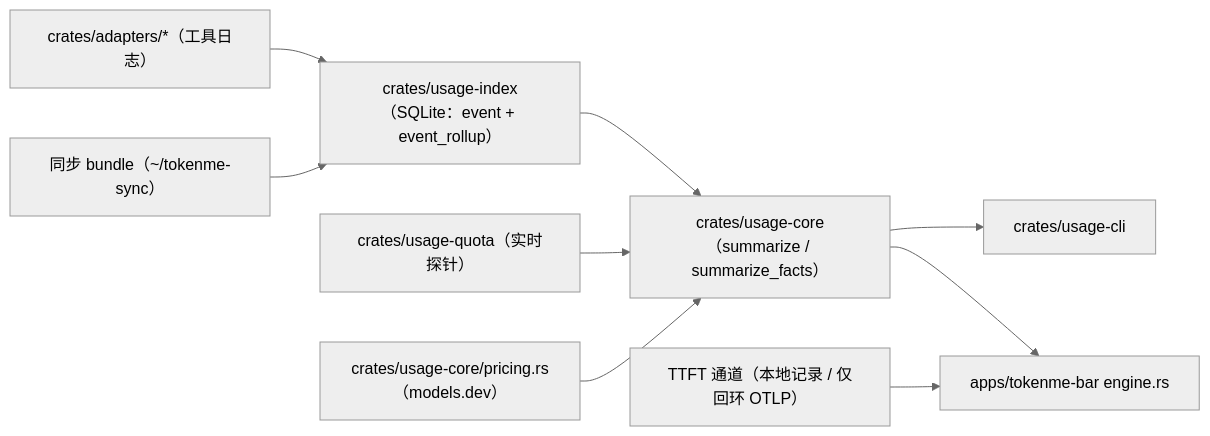
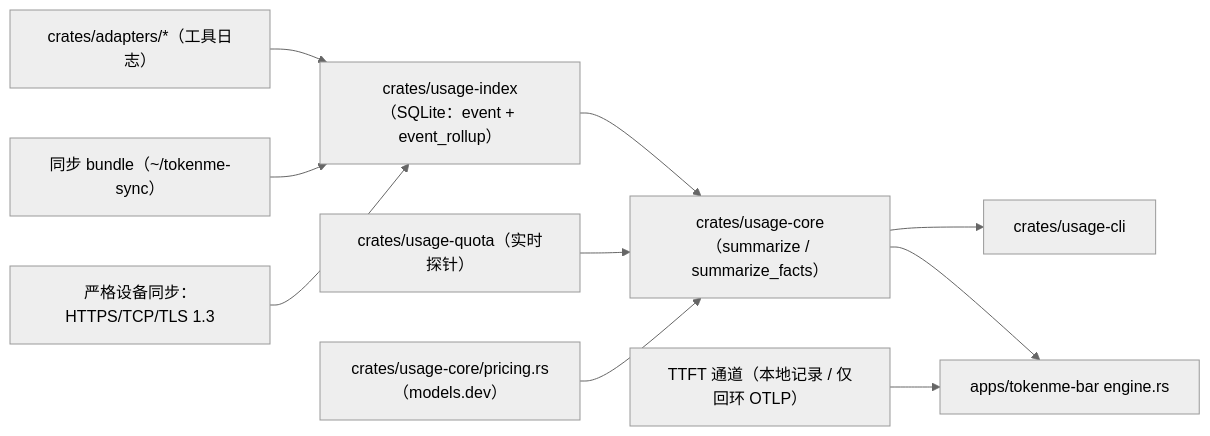
Before and after one commit to Bencibr/tokenme: the diagram in docs/ARCHITECTURE.md, drawn with Mermaid (neutral theme). The commit also changed other lines of this file and 38 other files, not shown here.

````diff
--- a/docs/ARCHITECTURE.md
+++ b/docs/ARCHITECTURE.md
@@ -23,11 +24,12 @@
 ```mermaid
 flowchart LR
     A["crates/adapters/*（工具日志）"] --> B["crates/usage-index（SQLite：event + event_rollup）"]
     B --> C["crates/usage-core（summarize / summarize_facts）"]
     C --> D["crates/usage-cli"]
     C --> E["apps/tokenme-bar engine.rs"]
     F["crates/usage-quota（实时探针）"] --> C
     G["crates/usage-core/pricing.rs（models.dev）"] --> C
     H["同步 bundle（~/tokenme-sync）"] --> B
+    J["严格设备同步：HTTPS/TCP/TLS 1.3"] --> B
     I["TTFT 通道（本地记录 / 仅回环 OTLP）"] --> E
 ```
````
